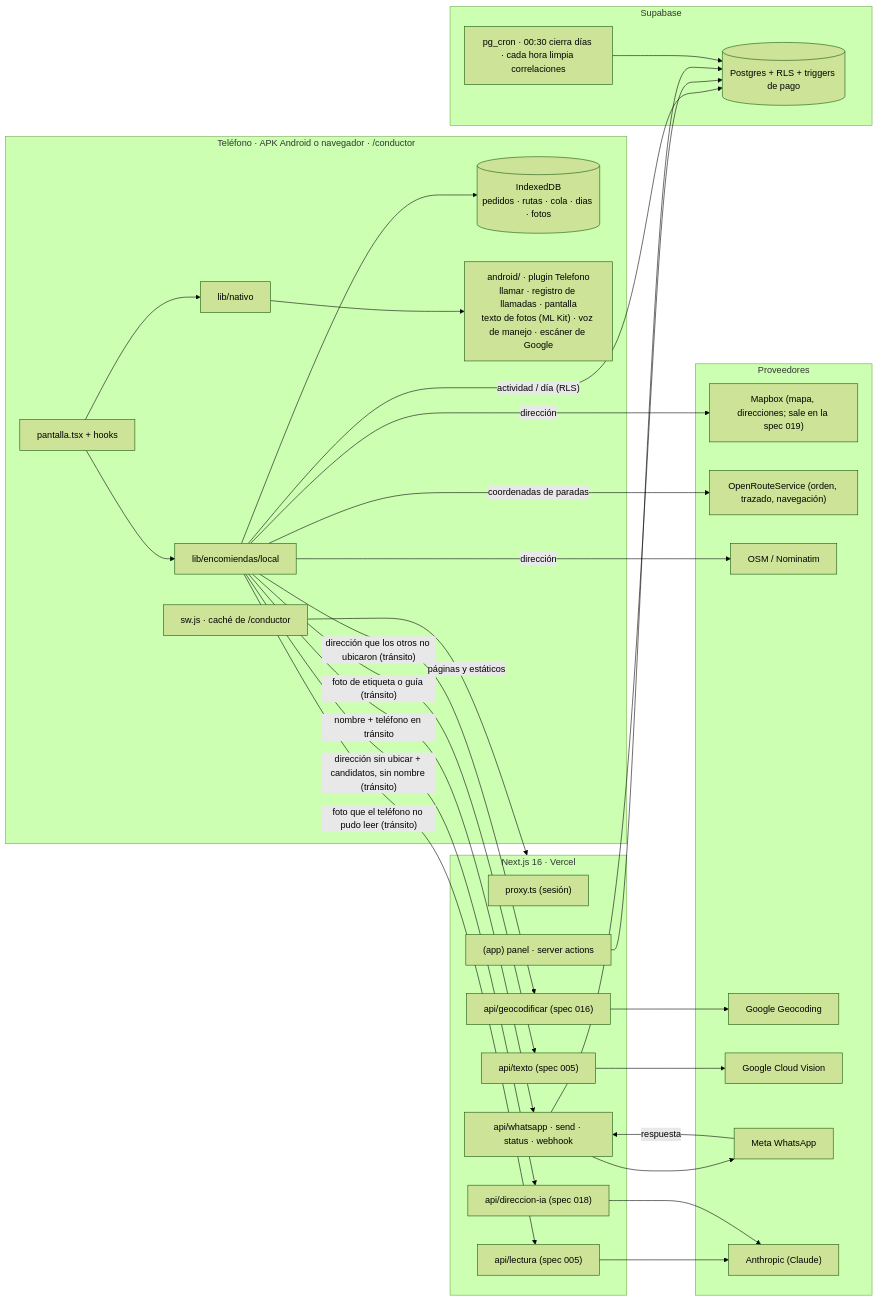
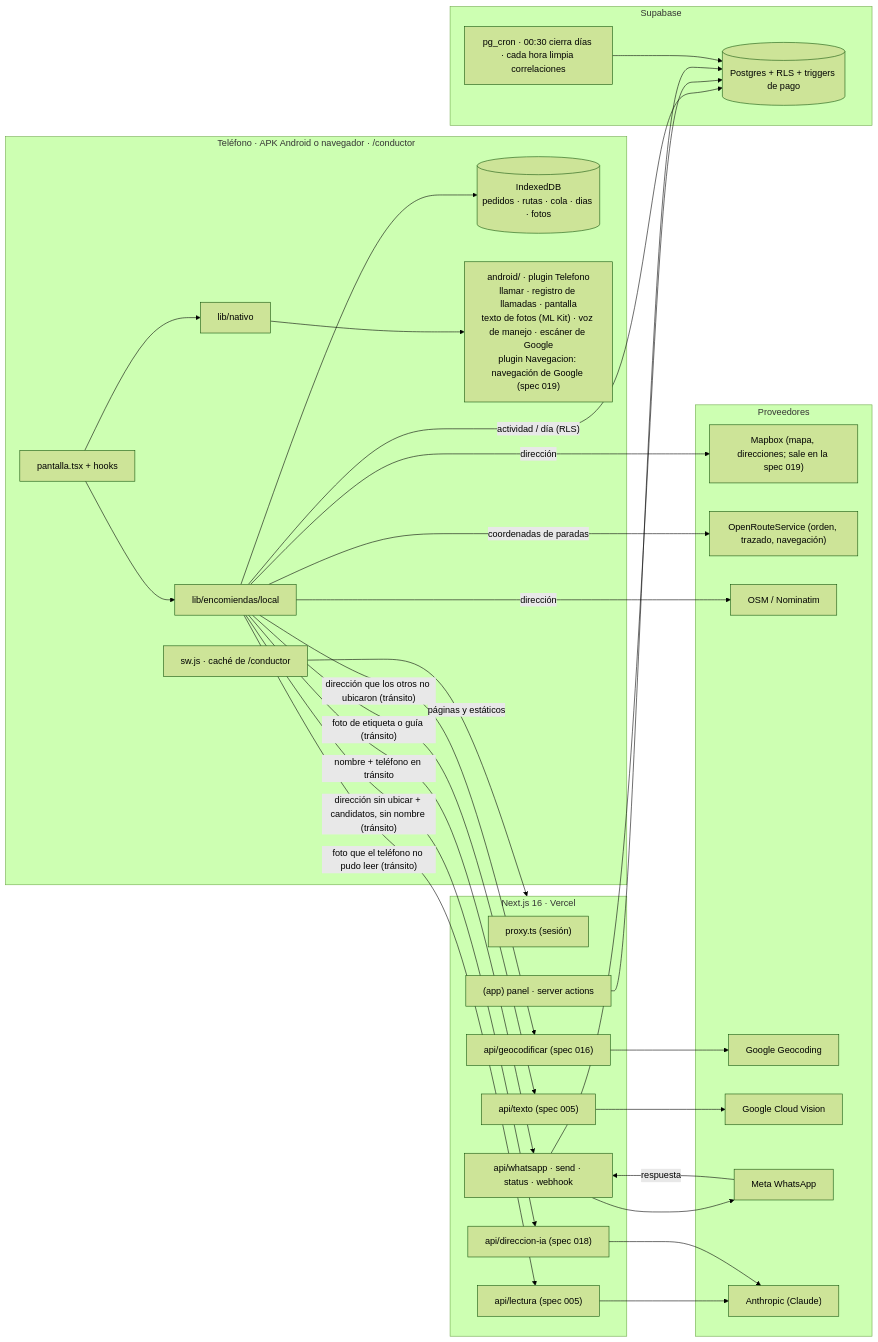
One commit to etianypr/ProyectoAres changed the first of 4 diagrams in docs/ARQUITECTURA.md. Above: the diagram before and after it, drawn with Mermaid (forest theme). The commit also changed other lines of this file and 19 other files, not shown here.

First line of the commit message:
Spec 019: navegación de Google dentro de ARES (APK)

````diff
--- a/docs/ARQUITECTURA.md
+++ b/docs/ARQUITECTURA.md
@@ -8,43 +8,43 @@
 ```mermaid
 flowchart LR
   subgraph TEL["Teléfono · APK Android o navegador · /conductor"]
     UI["pantalla.tsx + hooks"] --> LOCAL["lib/encomiendas/local"] --> IDB[("IndexedDB<br/>pedidos · rutas · cola · dias · fotos")]
-    UI --> NAT["lib/nativo"] --> PLUG["android/ · plugin Telefono<br/>llamar · registro de llamadas · pantalla<br/>texto de fotos (ML Kit) · voz de manejo · escáner de Google"]
+    UI --> NAT["lib/nativo"] --> PLUG["android/ · plugin Telefono<br/>llamar · registro de llamadas · pantalla<br/>texto de fotos (ML Kit) · voz de manejo · escáner de Google<br/>plugin Navegacion: navegación de Google (spec 019)"]
     SW["sw.js · caché de /conductor"]
   end
   subgraph EXT["Proveedores"]
     MAPBOX["Mapbox (mapa, direcciones; sale en la spec 019)"]
     ORS["OpenRouteService (orden, trazado, navegación)"]
     OSM["OSM / Nominatim"]
     GOOGLE["Google Geocoding"]
     VISION["Google Cloud Vision"]
     META["Meta WhatsApp"]
     CLAUDE["Anthropic (Claude)"]
   end
   subgraph NEXT["Next.js 16 · Vercel"]
     PROXY["proxy.ts (sesión)"]
     PANEL["(app) panel · server actions"]
     API["api/whatsapp · send · status · webhook"]
     LECT["api/lectura (spec 005)"]
     GEO["api/geocodificar (spec 016)"]
     TXT["api/texto (spec 005)"]
     DIA["api/direccion-ia (spec 018)"]
   end
   subgraph SB["Supabase"]
     PG[("Postgres + RLS + triggers de pago")]
     CRON["pg_cron · 00:30 cierra días · cada hora limpia correlaciones"]
   end
   LOCAL -- "dirección" --> MAPBOX
   LOCAL -- "coordenadas de paradas" --> ORS
   LOCAL -- "dirección" --> OSM
   LOCAL -- "dirección que los otros no ubicaron (tránsito)" --> GEO --> GOOGLE
   LOCAL -- "foto de etiqueta o guía (tránsito)" --> TXT --> VISION
   LOCAL -- "actividad / día (RLS)" --> PG
   LOCAL -- "nombre + teléfono en tránsito" --> API --> META
   META -- "respuesta" --> API --> PG
   LOCAL -- "foto que el teléfono no pudo leer (tránsito)" --> LECT --> CLAUDE
   LOCAL -- "dirección sin ubicar + candidatos, sin nombre (tránsito)" --> DIA --> CLAUDE
   PANEL --> PG
   CRON --> PG
   SW -- "páginas y estáticos" --> NEXT
 ```
````
